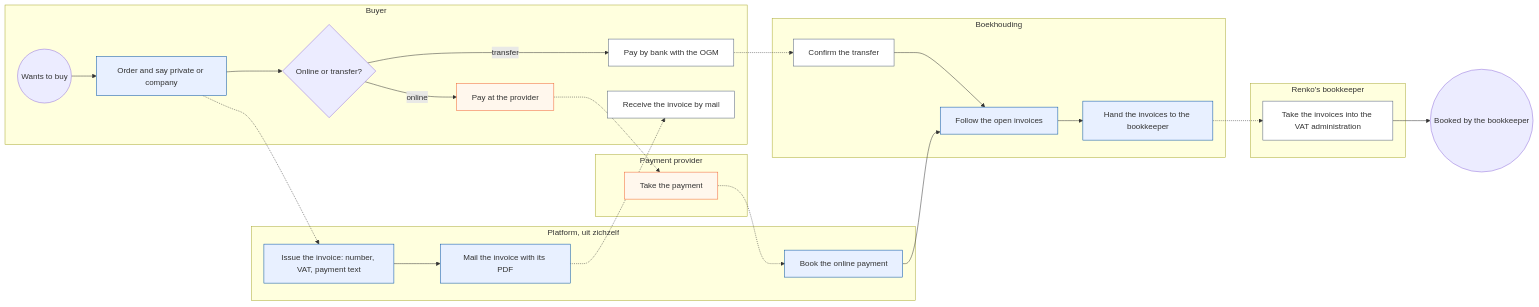
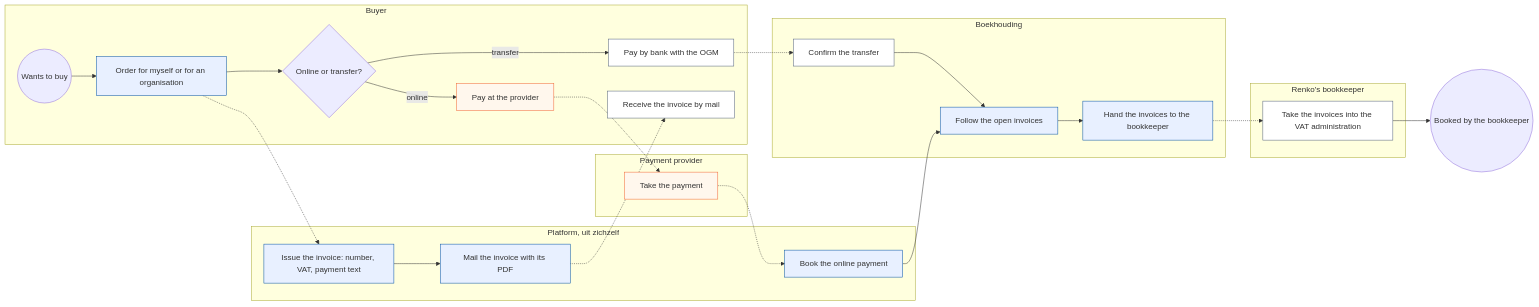
Before and after one commit to KoenRenders/KoenTest: the second of 5 diagrams in docs/change_request_34_invoices.md, drawn with Mermaid. The commit also changed other lines of this file, not shown here.

First line of the commit message:
docs(cr-34): the build read of Dev2 taken in — port, failing invoice, stored PDF, Peppol rounding, handler order, tests

````diff
--- a/docs/change_request_34_invoices.md
+++ b/docs/change_request_34_invoices.md
@@ -70,43 +70,43 @@
 ```mermaid
 flowchart LR
   subgraph B["Buyer"]
-    b0((Wants to buy)) --> b1[Order and say private or company]
+    b0((Wants to buy)) --> b1[Order for myself or for an organisation]
     b1 --> b2{Online or transfer?}
     b2 -- transfer --> b3[Pay by bank with the OGM]
     b2 -- online --> b4[Pay at the provider]
     b5[Receive the invoice by mail]
   end
   subgraph P["Platform, uit zichzelf"]
     p1[Issue the invoice: number, VAT, payment text]
     p2[Book the online payment]
     p3[Mail the invoice with its PDF]
   end
   subgraph F["Boekhouding"]
     f1[Confirm the transfer]
     f2[Follow the open invoices]
     f3[Hand the invoices to the bookkeeper]
   end
   subgraph K["Renko's bookkeeper"]
     k1[Take the invoices into the VAT administration]
   end
   subgraph M["Payment provider"]
     m1[Take the payment]
   end
   b1 -.-> p1
   p1 --> p3
   p3 -.-> b5
   b4 -.-> m1
   m1 -.-> p2
   b3 -.-> f1
   f1 --> f2
   p2 --> f2
   f2 --> f3
   f3 -.-> k1
   k1 --> e1((Booked by the bookkeeper))
   classDef plat fill:#e8f0ff,stroke:#0051a4
   classDef hand fill:#ffffff,stroke:#52607a
   classDef ext fill:#fff7ed,stroke:#f16532
   class b1,p1,p2,p3,f2,f3 plat
   class b3,f1,k1,b5 hand
   class b4,m1 ext
 ```
````
